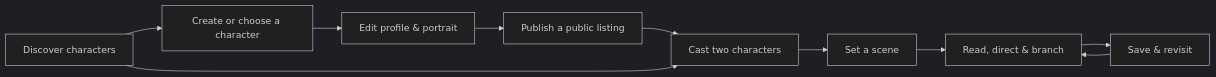
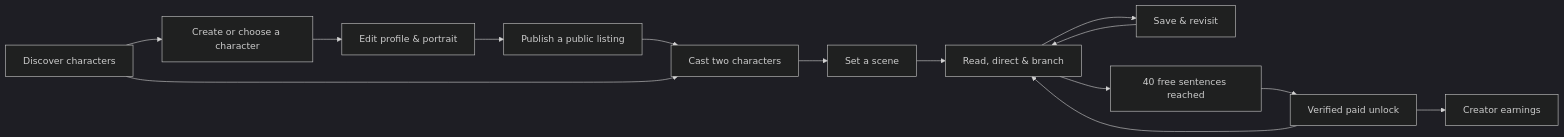
Before and after one commit to Roxyh-code/Echoloom_marketplace: the first of 3 diagrams in README.md, drawn with Mermaid (dark theme). The commit also changed other lines of this file and 3 other files, not shown here.

Commit message:
docs: document current marketplace, AI and Solana architecture

````diff
--- a/README.md
+++ b/README.md
@@ -38,12 +39,16 @@
 ```mermaid
 flowchart LR
     A["Discover characters"] --> B["Create or choose a character"]
     B --> C["Edit profile & portrait"]
     C --> D["Publish a public listing"]
     D --> E["Cast two characters"]
     A --> E
     E --> F["Set a scene"]
     F --> G["Read, direct & branch"]
     G --> H["Save & revisit"]
     H --> G
+    G --> I["40 free sentences reached"]
+    I --> J["Verified paid unlock"]
+    J --> G
+    J --> K["Creator earnings"]
 ```
````
